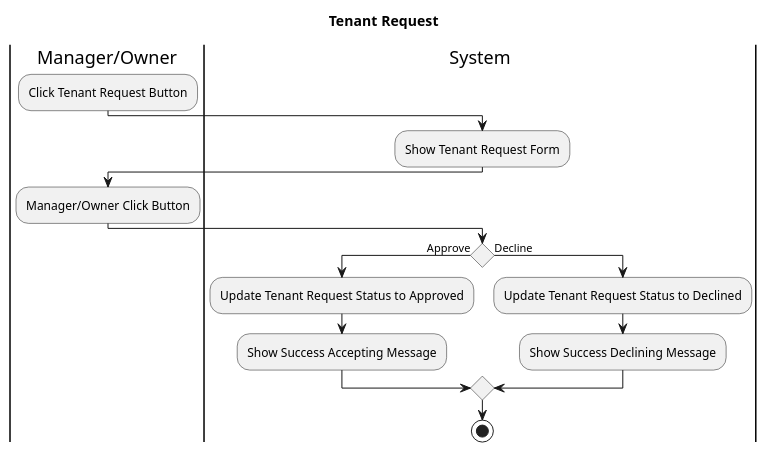
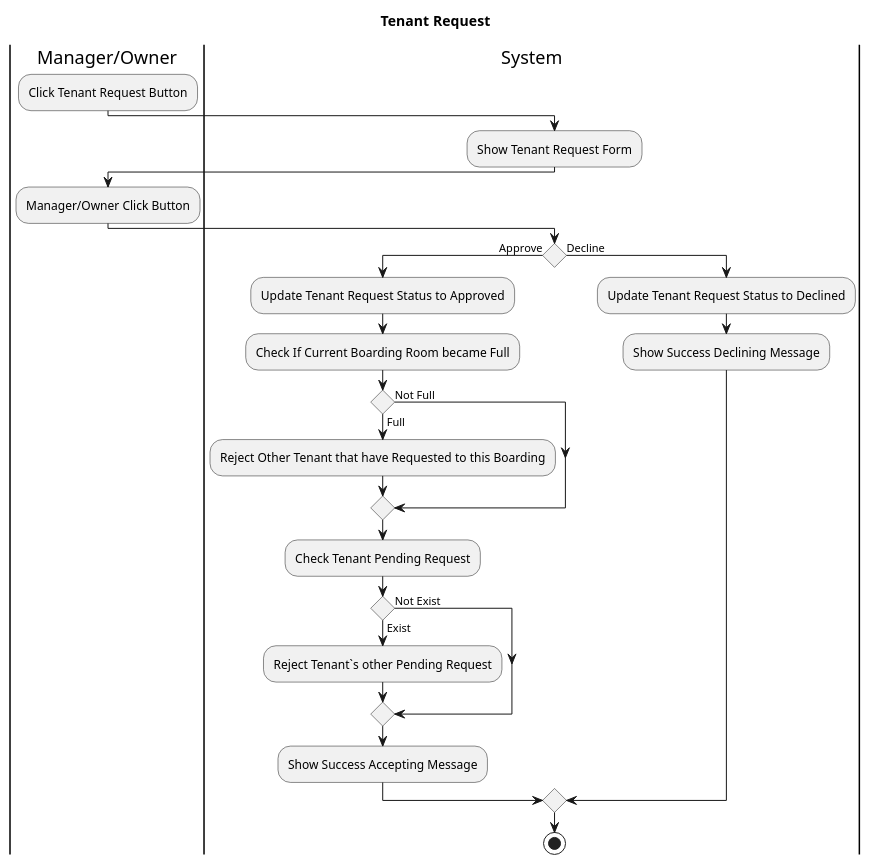
The diagram in Design/BHFMS_ACTIVITY/Owner Manager/Request Tenant.puml (AntWort21/BHFMS), drawn with PlantUML before and after one commit. The commit also changed 21 other files, not shown here.

First line of the commit message:
Update Diagram to draw.io

```diff
--- a/Design/BHFMS_ACTIVITY/Owner Manager/Request Tenant.puml
+++ b/Design/BHFMS_ACTIVITY/Owner Manager/Request Tenant.puml
@@ -1,19 +1,30 @@
 @startuml
 title Tenant Request
 |Manager/Owner|
     :Click Tenant Request Button;
 |System|
     :Show Tenant Request Form;
 |Manager/Owner|
     :Manager/Owner Click Button;
 |System|
     If () then (Approve)
         :Update Tenant Request Status to Approved;
-        :Show Success Accepting Message;
+        :Check If Current Boarding Room became Full;
+        If () then (Full)
+        :Reject Other Tenant that have Requested to this Boarding;
+        else (Not Full)
+        endif
+
+        :Check Tenant Pending Request;
+        If () then (Exist)
+        :Reject Tenant`s other Pending Request;
+        else (Not Exist)
+        endif
+    :Show Success Accepting Message;
     else (Decline)
         :Update Tenant Request Status to Declined;
         :Show Success Declining Message;
-    Endif
+    endif
 stop
 
 @enduml
```
